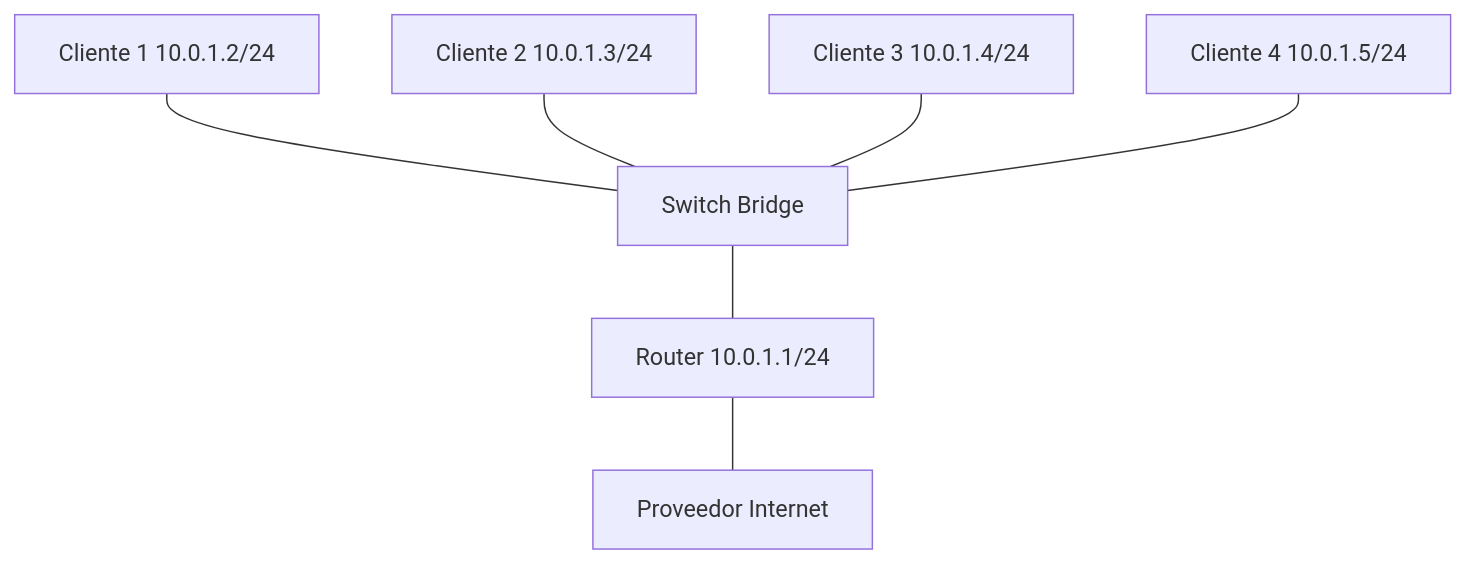
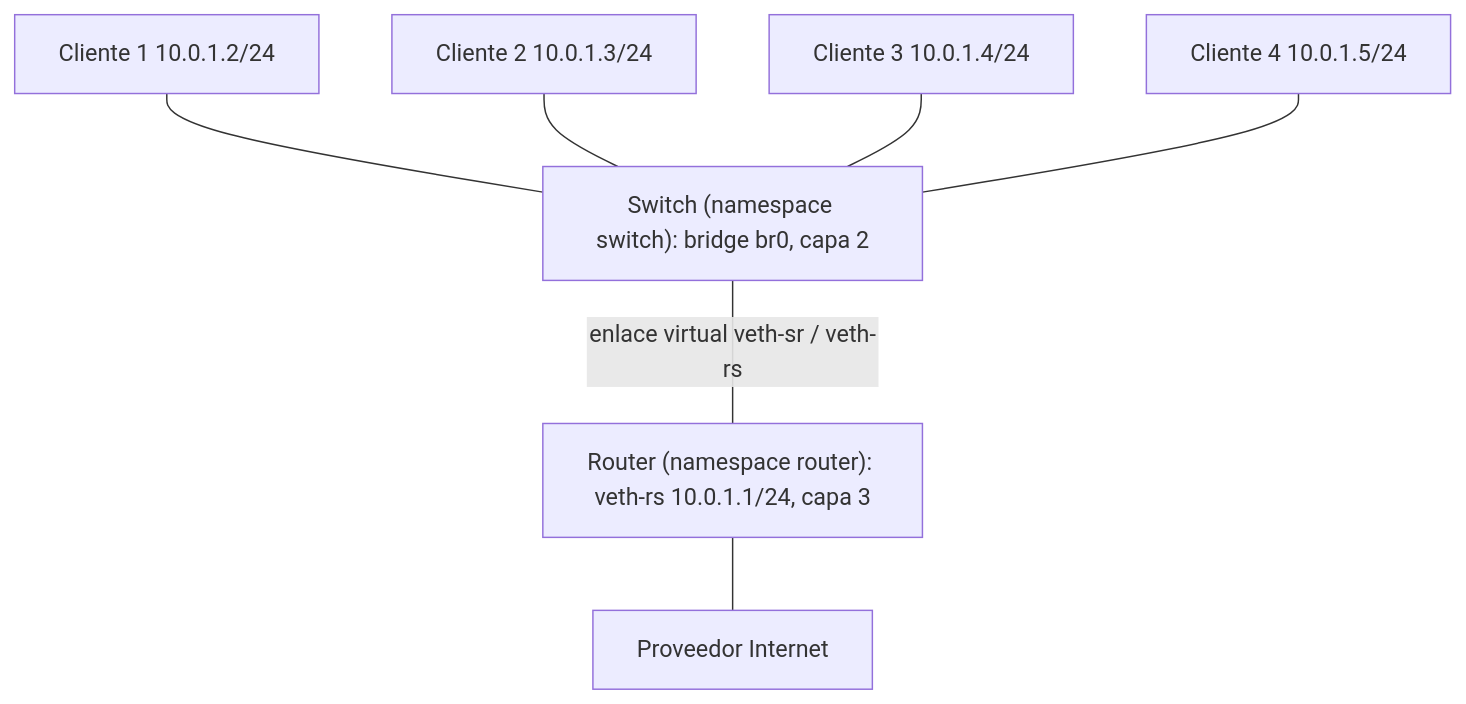
Before and after one commit to asideloko/Networking-Lab: the diagram in docs/labs/lab-03/index.md, drawn with Mermaid. The commit also changed other lines of this file and 18 other files, not shown here.

````diff
--- a/docs/labs/lab-03/index.md
+++ b/docs/labs/lab-03/index.md
@@ -41,16 +41,16 @@
 ```mermaid
 graph TB
     C1[Cliente 1 10.0.1.2/24]
     C2[Cliente 2 10.0.1.3/24]
     C3[Cliente 3 10.0.1.4/24]
     C4[Cliente 4 10.0.1.5/24]
-    SW[Switch Bridge]
-    R[Router 10.0.1.1/24]
+    SW["Switch (namespace switch): bridge br0, capa 2"]
+    R["Router (namespace router): veth-rs 10.0.1.1/24, capa 3"]
     ISP[Proveedor Internet]
     C1 --- SW
     C2 --- SW
     C3 --- SW
     C4 --- SW
-    SW --- R
+    SW -- "enlace virtual veth-sr / veth-rs" --- R
     R --- ISP
 ```
````
